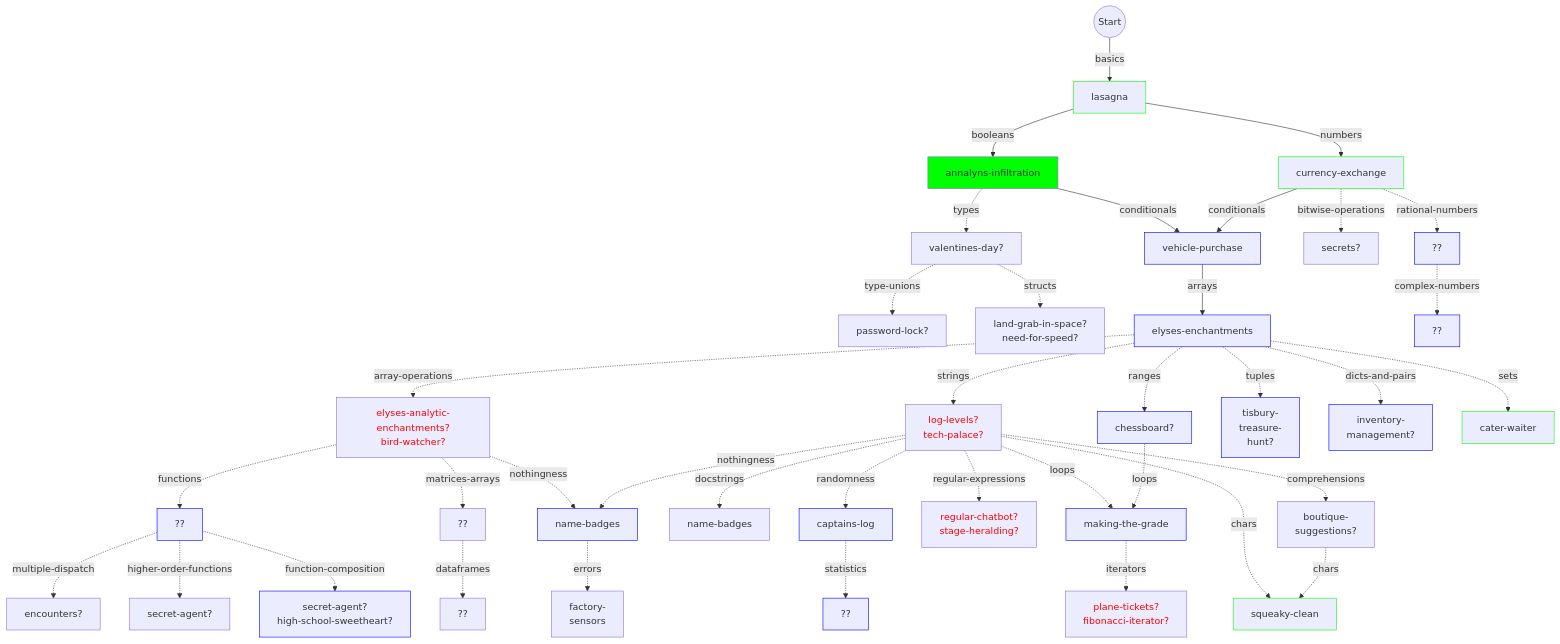
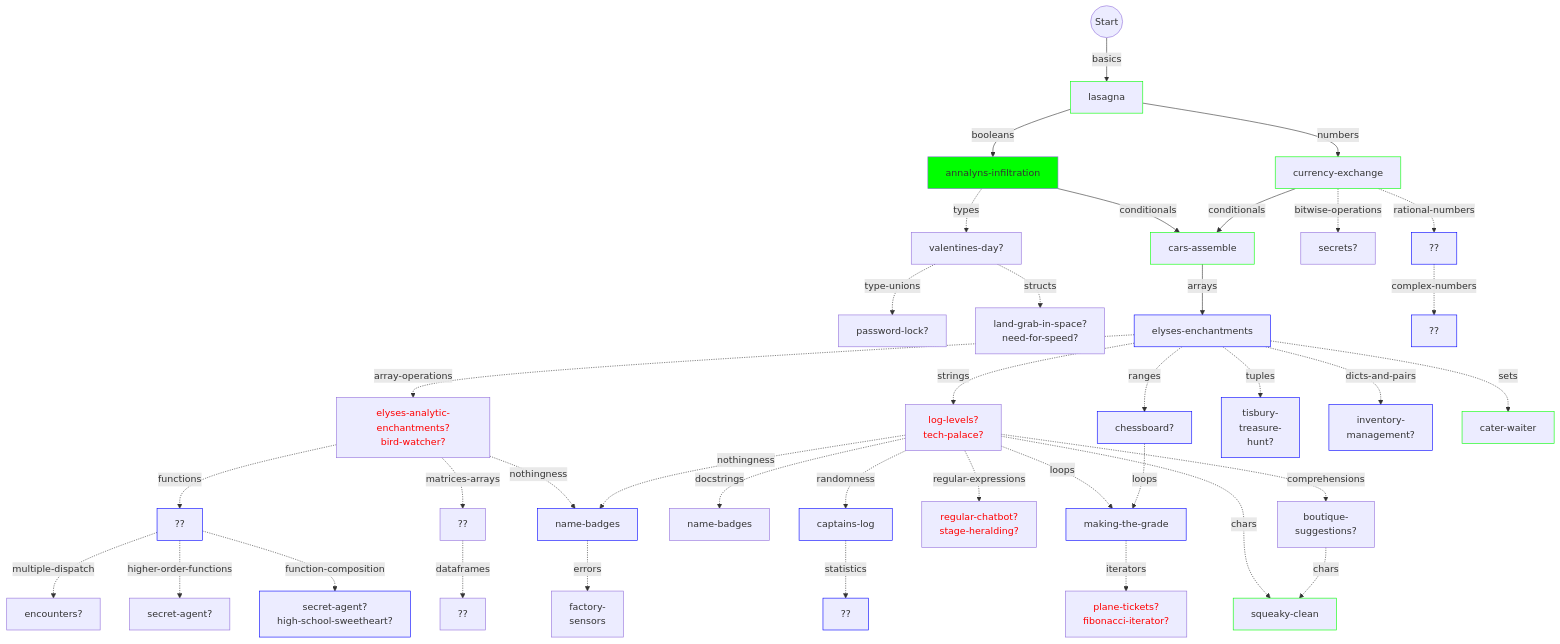
The diagram in julia/flowchart.md (colinleach/learning-track-doodles), drawn with Mermaid before and after one commit.

Commit message:
update flowchart

```diff
--- a/julia/flowchart.md
+++ b/julia/flowchart.md
@@ -32,11 +32,11 @@
 types -.structs.-> structs["land-grab-in-space?<br/>need-for-speed?"]
 %% style structs fill:#0f0
 
-booleans --conditionals--> conditionals["vehicle-purchase"]
-style conditionals stroke:#00f
+booleans --conditionals--> conditionals["cars-assemble"]
+style conditionals stroke:#0f0
 
-numbers --conditionals--> conditionals["vehicle-purchase"]
-style conditionals stroke:#00f
+numbers --conditionals--> conditionals["cars-assemble"]
+style conditionals stroke:#0f0
 
 conditionals --arrays--> arrays["elyses-enchantments"]
 style arrays stroke:#00f
```
